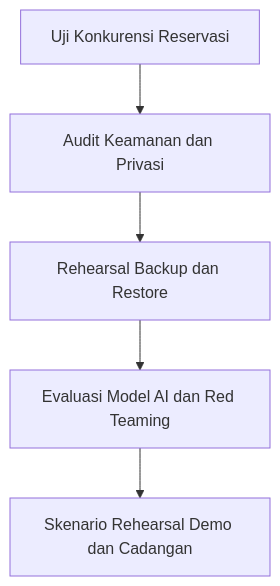
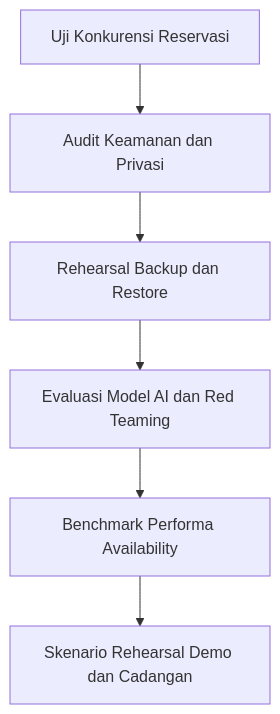
The diagram in tickets/rencana-pengerjaan.md (wisnufadhillah/Restaurant-Mulit-Tenant), drawn with Mermaid before and after one commit. The commit also changed other lines of this file and 3 other files, not shown here.

Commit message:
feat: benchmark availability performance with 20 tables and 1000 reservations

````diff
--- a/tickets/rencana-pengerjaan.md
+++ b/tickets/rencana-pengerjaan.md
@@ -7,7 +7,8 @@
 ```mermaid
 flowchart TD
     A[Uji Konkurensi Reservasi] --> B[Audit Keamanan dan Privasi]
     B --> C[Rehearsal Backup dan Restore]
     C --> D[Evaluasi Model AI dan Red Teaming]
-    D --> E[Skenario Rehearsal Demo dan Cadangan]
+    D --> E[Benchmark Performa Availability]
+    E --> F[Skenario Rehearsal Demo dan Cadangan]
 ```
````
